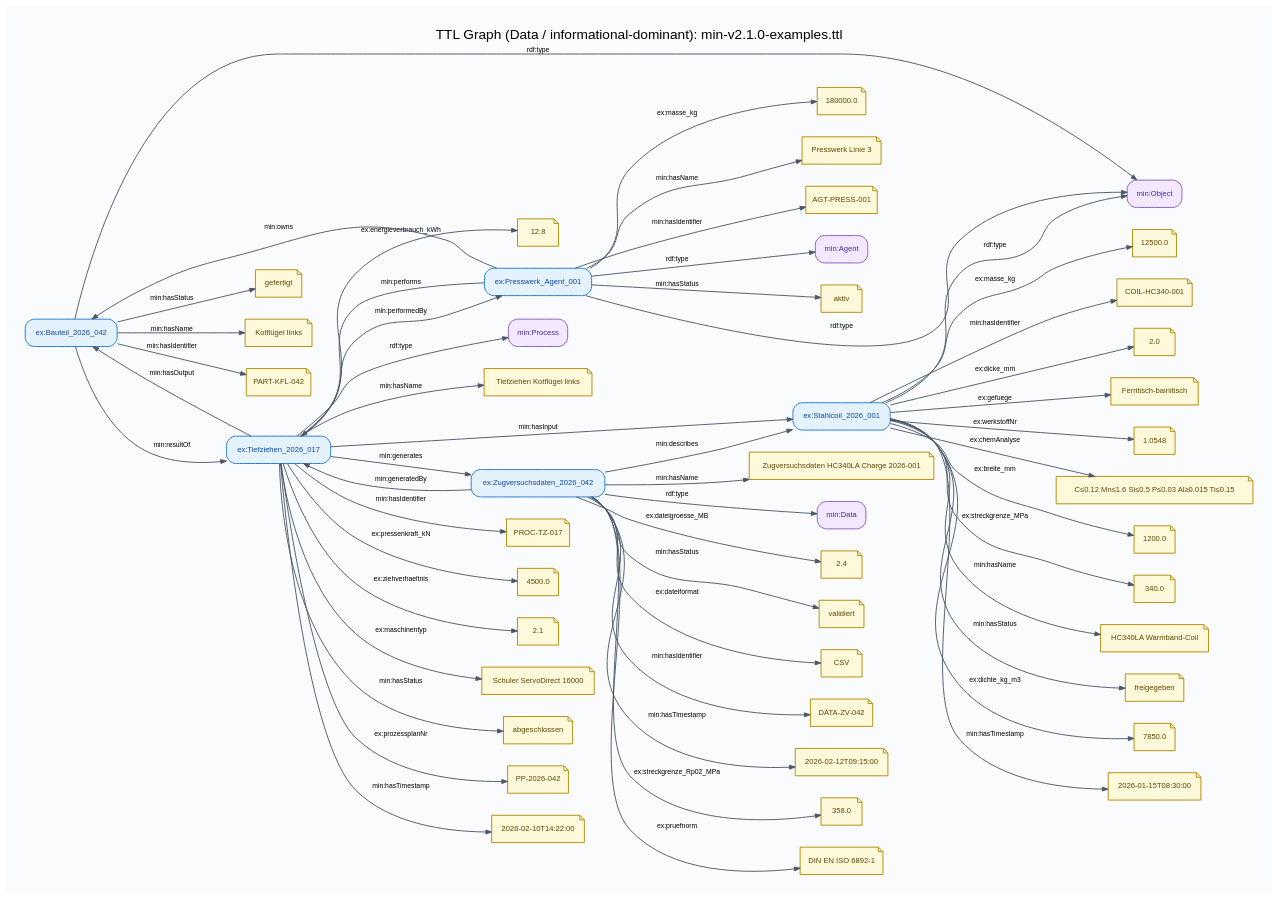
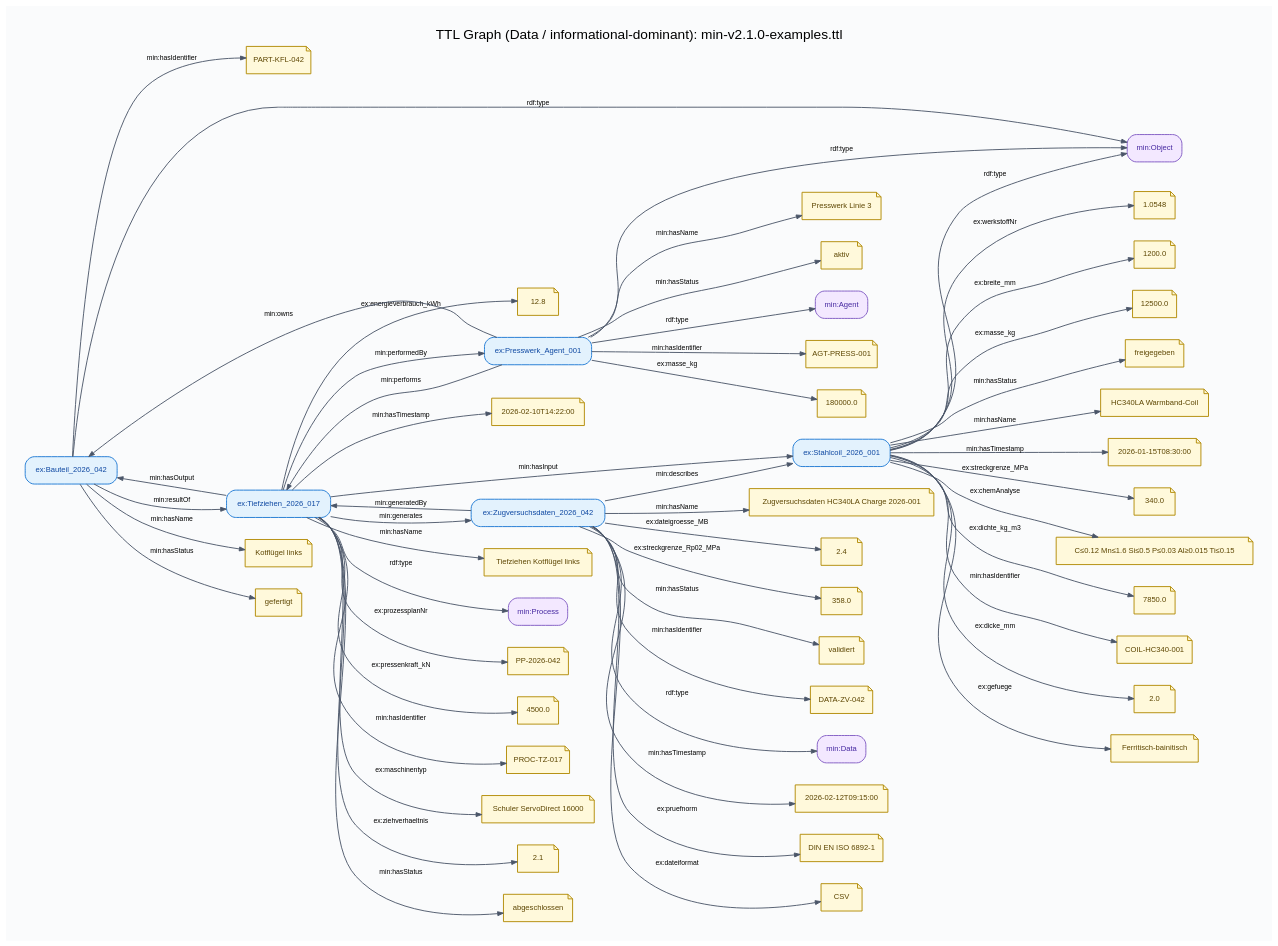
One commit to lepy/sdata-ontology changed the diagram in docs/diagrams/min-v2.1.0-examples-informational-modal.dot. Above: the diagram before and after it, drawn with Graphviz. The commit also changed other lines of this file and 34 other files, not shown here.

```diff
--- a/docs/diagrams/min-v2.1.0-examples-informational-modal.dot
+++ b/docs/diagrams/min-v2.1.0-examples-informational-modal.dot
@@ -30,165 +30,245 @@
 		fillcolor="#E3F2FD",
 		fontcolor="#0D47A1",
 		label="ex:Bauteil_2026_042"];
+	"lit::PART-KFL-042::::"	[color="#B08900",
+		fillcolor="#FFF9DB",
+		fontcolor="#5C4500",
+		label="PART-KFL-042",
+		shape=note];
+	"uri::https://example.org/Bauteil_2026_042" -> "lit::PART-KFL-042::::"	[label="min:hasIdentifier"];
+	"uri::https://example.org/Tiefziehen_2026_017"	[color="#1976D2",
+		fillcolor="#E3F2FD",
+		fontcolor="#0D47A1",
+		label="ex:Tiefziehen_2026_017"];
+	"uri::https://example.org/Bauteil_2026_042" -> "uri::https://example.org/Tiefziehen_2026_017"	[label="min:resultOf"];
 	"uri::https://w3id.org/min#Object"	[color="#7E57C2",
 		fillcolor="#F3E8FF",
 		fontcolor="#4527A0",
 		label="min:Object"];
 	"uri::https://example.org/Bauteil_2026_042" -> "uri::https://w3id.org/min#Object"	[label="rdf:type"];
-	"uri::https://example.org/Tiefziehen_2026_017"	[color="#1976D2",
-		fillcolor="#E3F2FD",
-		fontcolor="#0D47A1",
-		label="ex:Tiefziehen_2026_017"];
-	"uri::https://example.org/Bauteil_2026_042" -> "uri::https://example.org/Tiefziehen_2026_017"	[label="min:resultOf"];
+	"lit::Kotflügel links::::"	[color="#B08900",
+		fillcolor="#FFF9DB",
+		fontcolor="#5C4500",
+		label="Kotflügel links",
+		shape=note];
+	"uri::https://example.org/Bauteil_2026_042" -> "lit::Kotflügel links::::"	[label="min:hasName"];
 	"lit::gefertigt::::"	[color="#B08900",
 		fillcolor="#FFF9DB",
 		fontcolor="#5C4500",
 		label=gefertigt,
 		shape=note];
 	"uri::https://example.org/Bauteil_2026_042" -> "lit::gefertigt::::"	[label="min:hasStatus"];
-	"lit::Kotflügel links::::"	[color="#B08900",
-		fillcolor="#FFF9DB",
-		fontcolor="#5C4500",
-		label="Kotflügel links",
-		shape=note];
-	"uri::https://example.org/Bauteil_2026_042" -> "lit::Kotflügel links::::"	[label="min:hasName"];
-	"lit::PART-KFL-042::::"	[color="#B08900",
-		fillcolor="#FFF9DB",
-		fontcolor="#5C4500",
-		label="PART-KFL-042",
-		shape=note];
-	"uri::https://example.org/Bauteil_2026_042" -> "lit::PART-KFL-042::::"	[label="min:hasIdentifier"];
-	"uri::https://example.org/Tiefziehen_2026_017" -> "uri::https://example.org/Bauteil_2026_042"	[label="min:hasOutput"];
 	"uri::https://example.org/Zugversuchsdaten_2026_042"	[color="#1976D2",
 		fillcolor="#E3F2FD",
 		fontcolor="#0D47A1",
 		label="ex:Zugversuchsdaten_2026_042"];
-	"uri::https://example.org/Tiefziehen_2026_017" -> "uri::https://example.org/Zugversuchsdaten_2026_042"	[label="min:generates"];
+	"uri::https://example.org/Zugversuchsdaten_2026_042" -> "uri::https://example.org/Tiefziehen_2026_017"	[label="min:generatedBy"];
 	"uri::https://example.org/Stahlcoil_2026_001"	[color="#1976D2",
 		fillcolor="#E3F2FD",
 		fontcolor="#0D47A1",
 		label="ex:Stahlcoil_2026_001"];
-	"uri::https://example.org/Tiefziehen_2026_017" -> "uri::https://example.org/Stahlcoil_2026_001"	[label="min:hasInput"];
-	"uri::https://w3id.org/min#Process"	[color="#7E57C2",
+	"uri::https://example.org/Zugversuchsdaten_2026_042" -> "uri::https://example.org/Stahlcoil_2026_001"	[label="min:describes"];
+	"lit::CSV::::"	[color="#B08900",
+		fillcolor="#FFF9DB",
+		fontcolor="#5C4500",
+		label=CSV,
+		shape=note];
+	"uri::https://example.org/Zugversuchsdaten_2026_042" -> "lit::CSV::::"	[label="ex:dateiformat"];
+	"lit::Zugversuchsdaten HC340LA Charge 2026-001::::"	[color="#B08900",
+		fillcolor="#FFF9DB",
+		fontcolor="#5C4500",
+		label="Zugversuchsdaten HC340LA Charge 2026-001",
+		shape=note];
+	"uri::https://example.org/Zugversuchsdaten_2026_042" -> "lit::Zugversuchsdaten HC340LA Charge 2026-001::::"	[label="min:hasName"];
+	"lit::2.4::http://www.w3.org/2001/XMLSchema#decimal::"	[color="#B08900",
+		fillcolor="#FFF9DB",
+		fontcolor="#5C4500",
+		label=2.4,
+		shape=note];
+	"uri::https://example.org/Zugversuchsdaten_2026_042" -> "lit::2.4::http://www.w3.org/2001/XMLSchema#decimal::"	[label="ex:dateigroesse_MB"];
+	"lit::358.0::http://www.w3.org/2001/XMLSchema#decimal::"	[color="#B08900",
+		fillcolor="#FFF9DB",
+		fontcolor="#5C4500",
+		label=358.0,
+		shape=note];
+	"uri::https://example.org/Zugversuchsdaten_2026_042" -> "lit::358.0::http://www.w3.org/2001/XMLSchema#decimal::"	[label="ex:streckgrenze_Rp02_MPa"];
+	"lit::validiert::::"	[color="#B08900",
+		fillcolor="#FFF9DB",
+		fontcolor="#5C4500",
+		label=validiert,
+		shape=note];
+	"uri::https://example.org/Zugversuchsdaten_2026_042" -> "lit::validiert::::"	[label="min:hasStatus"];
+	"lit::DATA-ZV-042::::"	[color="#B08900",
+		fillcolor="#FFF9DB",
+		fontcolor="#5C4500",
+		label="DATA-ZV-042",
+		shape=note];
+	"uri::https://example.org/Zugversuchsdaten_2026_042" -> "lit::DATA-ZV-042::::"	[label="min:hasIdentifier"];
+	"uri::https://w3id.org/min#Data"	[color="#7E57C2",
 		fillcolor="#F3E8FF",
 		fontcolor="#4527A0",
-		label="min:Process"];
-	"uri::https://example.org/Tiefziehen_2026_017" -> "uri::https://w3id.org/min#Process"	[label="rdf:type"];
+		label="min:Data"];
+	"uri::https://example.org/Zugversuchsdaten_2026_042" -> "uri::https://w3id.org/min#Data"	[label="rdf:type"];
+	"lit::2026-02-12T09:15:00::http://www.w3.org/2001/XMLSchema#dateTime::"	[color="#B08900",
+		fillcolor="#FFF9DB",
+		fontcolor="#5C4500",
+		label="2026-02-12T09:15:00",
+		shape=note];
+	"uri::https://example.org/Zugversuchsdaten_2026_042" -> "lit::2026-02-12T09:15:00::http://www.w3.org/2001/XMLSchema#dateTime::"	[label="min:hasTimestamp"];
+	"lit::DIN EN ISO 6892-1::::"	[color="#B08900",
+		fillcolor="#FFF9DB",
+		fontcolor="#5C4500",
+		label="DIN EN ISO 6892-1",
+		shape=note];
+	"uri::https://example.org/Zugversuchsdaten_2026_042" -> "lit::DIN EN ISO 6892-1::::"	[label="ex:pruefnorm"];
+	"uri::https://example.org/Tiefziehen_2026_017" -> "uri::https://example.org/Bauteil_2026_042"	[label="min:hasOutput"];
+	"uri::https://example.org/Tiefziehen_2026_017" -> "uri::https://example.org/Zugversuchsdaten_2026_042"	[label="min:generates"];
 	"uri::https://example.org/Presswerk_Agent_001"	[color="#1976D2",
 		fillcolor="#E3F2FD",
 		fontcolor="#0D47A1",
 		label="ex:Presswerk_Agent_001"];
 	"uri::https://example.org/Tiefziehen_2026_017" -> "uri::https://example.org/Presswerk_Agent_001"	[label="min:performedBy"];
+	"uri::https://example.org/Tiefziehen_2026_017" -> "uri::https://example.org/Stahlcoil_2026_001"	[label="min:hasInput"];
 	"lit::Tiefziehen Kotflügel links::::"	[color="#B08900",
 		fillcolor="#FFF9DB",
 		fontcolor="#5C4500",
 		label="Tiefziehen Kotflügel links",
 		shape=note];
 	"uri::https://example.org/Tiefziehen_2026_017" -> "lit::Tiefziehen Kotflügel links::::"	[label="min:hasName"];
+	"uri::https://w3id.org/min#Process"	[color="#7E57C2",
+		fillcolor="#F3E8FF",
+		fontcolor="#4527A0",
+		label="min:Process"];
+	"uri::https://example.org/Tiefziehen_2026_017" -> "uri::https://w3id.org/min#Process"	[label="rdf:type"];
+	"lit::PP-2026-042::::"	[color="#B08900",
+		fillcolor="#FFF9DB",
+		fontcolor="#5C4500",
+		label="PP-2026-042",
+		shape=note];
+	"uri::https://example.org/Tiefziehen_2026_017" -> "lit::PP-2026-042::::"	[label="ex:prozessplanNr"];
+	"lit::4500.0::http://www.w3.org/2001/XMLSchema#decimal::"	[color="#B08900",
+		fillcolor="#FFF9DB",
+		fontcolor="#5C4500",
+		label=4500.0,
+		shape=note];
+	"uri::https://example.org/Tiefziehen_2026_017" -> "lit::4500.0::http://www.w3.org/2001/XMLSchema#decimal::"	[label="ex:pressenkraft_kN"];
 	"lit::PROC-TZ-017::::"	[color="#B08900",
 		fillcolor="#FFF9DB",
 		fontcolor="#5C4500",
 		label="PROC-TZ-017",
 		shape=note];
 	"uri::https://example.org/Tiefziehen_2026_017" -> "lit::PROC-TZ-017::::"	[label="min:hasIdentifier"];
-	"lit::4500.0::http://www.w3.org/2001/XMLSchema#decimal::"	[color="#B08900",
+	"lit::Schuler ServoDirect 16000::::"	[color="#B08900",
 		fillcolor="#FFF9DB",
 		fontcolor="#5C4500",
-		label=4500.0,
+		label="Schuler ServoDirect 16000",
 		shape=note];
-	"uri::https://example.org/Tiefziehen_2026_017" -> "lit::4500.0::http://www.w3.org/2001/XMLSchema#decimal::"	[label="ex:pressenkraft_kN"];
+	"uri::https://example.org/Tiefziehen_2026_017" -> "lit::Schuler ServoDirect 16000::::"	[label="ex:maschinentyp"];
 	"lit::2.1::http://www.w3.org/2001/XMLSchema#decimal::"	[color="#B08900",
 		fillcolor="#FFF9DB",
 		fontcolor="#5C4500",
 		label=2.1,
 		shape=note];
 	"uri::https://example.org/Tiefziehen_2026_017" -> "lit::2.1::http://www.w3.org/2001/XMLSchema#decimal::"	[label="ex:ziehverhaeltnis"];
-	"lit::Schuler ServoDirect 16000::::"	[color="#B08900",
-		fillcolor="#FFF9DB",
-		fontcolor="#5C4500",
-		label="Schuler ServoDirect 16000",
-		shape=note];
-	"uri::https://example.org/Tiefziehen_2026_017" -> "lit::Schuler ServoDirect 16000::::"	[label="ex:maschinentyp"];
 	"lit::abgeschlossen::::"	[color="#B08900",
 		fillcolor="#FFF9DB",
 		fontcolor="#5C4500",
 		label=abgeschlossen,
 		shape=note];
 	"uri::https://example.org/Tiefziehen_2026_017" -> "lit::abgeschlossen::::"	[label="min:hasStatus"];
-	"lit::PP-2026-042::::"	[color="#B08900",
+	"lit::12.8::http://www.w3.org/2001/XMLSchema#decimal::"	[color="#B08900",
 		fillcolor="#FFF9DB",
 		fontcolor="#5C4500",
-		label="PP-2026-042",
+		label=12.8,
 		shape=note];
-	"uri::https://example.org/Tiefziehen_2026_017" -> "lit::PP-2026-042::::"	[label="ex:prozessplanNr"];
+	"uri::https://example.org/Tiefziehen_2026_017" -> "lit::12.8::http://www.w3.org/2001/XMLSchema#decimal::"	[label="ex:energieverbrauch_kWh"];
 	"lit::2026-02-10T14:22:00::http://www.w3.org/2001/XMLSchema#dateTime::"	[color="#B08900",
 		fillcolor="#FFF9DB",
 		fontcolor="#5C4500",
 		label="2026-02-10T14:22:00",
 		shape=note];
 	"uri::https://example.org/Tiefziehen_2026_017" -> "lit::2026-02-10T14:22:00::http://www.w3.org/2001/XMLSchema#dateTime::"	[label="min:hasTimestamp"];
-	"lit::12.8::http://www.w3.org/2001/XMLSchema#decimal::"	[color="#B08900",
+	"uri::https://example.org/Presswerk_Agent_001" -> "uri::https://example.org/Bauteil_2026_042"	[label="min:owns"];
+	"uri::https://example.org/Presswerk_Agent_001" -> "uri::https://example.org/Tiefziehen_2026_017"	[label="min:performs"];
+	"uri::https://example.org/Presswerk_Agent_001" -> "uri::https://w3id.org/min#Object"	[label="rdf:type"];
+	"lit::Presswerk Linie 3::::"	[color="#B08900",
 		fillcolor="#FFF9DB",
 		fontcolor="#5C4500",
-		label=12.8,
+		label="Presswerk Linie 3",
 		shape=note];
-	"uri::https://example.org/Tiefziehen_2026_017" -> "lit::12.8::http://www.w3.org/2001/XMLSchema#decimal::"	[label="ex:energieverbrauch_kWh"];
-	"uri::https://example.org/Zugversuchsdaten_2026_042" -> "uri::https://example.org/Tiefziehen_2026_017"	[label="min:generatedBy"];
-	"lit::358.0::http://www.w3.org/2001/XMLSchema#decimal::"	[color="#B08900",
+	"uri::https://example.org/Presswerk_Agent_001" -> "lit::Presswerk Linie 3::::"	[label="min:hasName"];
+	"lit::aktiv::::"	[color="#B08900",
 		fillcolor="#FFF9DB",
 		fontcolor="#5C4500",
-		label=358.0,
+		label=aktiv,
 		shape=note];
-	"uri::https://example.org/Zugversuchsdaten_2026_042" -> "lit::358.0::http://www.w3.org/2001/XMLSchema#decimal::"	[label="ex:streckgrenze_Rp02_MPa"];
-	"uri::https://example.org/Zugversuchsdaten_2026_042" -> "uri::https://example.org/Stahlcoil_2026_001"	[label="min:describes"];
-	"lit::DIN EN ISO 6892-1::::"	[color="#B08900",
+	"uri::https://example.org/Presswerk_Agent_001" -> "lit::aktiv::::"	[label="min:hasStatus"];
+	"uri::https://w3id.org/min#Agent"	[color="#7E57C2",
+		fillcolor="#F3E8FF",
+		fontcolor="#4527A0",
+		label="min:Agent"];
+	"uri::https://example.org/Presswerk_Agent_001" -> "uri::https://w3id.org/min#Agent"	[label="rdf:type"];
+	"lit::AGT-PRESS-001::::"	[color="#B08900",
 		fillcolor="#FFF9DB",
 		fontcolor="#5C4500",
-		label="DIN EN ISO 6892-1",
+		label="AGT-PRESS-001",
 		shape=note];
-	"uri::https://example.org/Zugversuchsdaten_2026_042" -> "lit::DIN EN ISO 6892-1::::"	[label="ex:pruefnorm"];
-	"lit::Zugversuchsdaten HC340LA Charge 2026-001::::"	[color="#B08900",
+	"uri::https://example.org/Presswerk_Agent_001" -> "lit::AGT-PRESS-001::::"	[label="min:hasIdentifier"];
+	"lit::180000.0::http://www.w3.org/2001/XMLSchema#decimal::"	[color="#B08900",
 		fillcolor="#FFF9DB",
 		fontcolor="#5C4500",
-		label="Zugversuchsdaten HC340LA Charge 2026-001",
+		label=180000.0,
 		shape=note];
-	"uri::https://example.org/Zugversuchsdaten_2026_042" -> "lit::Zugversuchsdaten HC340LA Charge 2026-001::::"	[label="min:hasName"];
-	"uri::https://w3id.org/min#Data"	[color="#7E57C2",
-		fillcolor="#F3E8FF",
-		fontcolor="#4527A0",
-		label="min:Data"];
-	"uri::https://example.org/Zugversuchsdaten_2026_042" -> "uri::https://w3id.org/min#Data"	[label="rdf:type"];
-	"lit::2.4::http://www.w3.org/2001/XMLSchema#decimal::"	[color="#B08900",
+	"uri::https://example.org/Presswerk_Agent_001" -> "lit::180000.0::http://www.w3.org/2001/XMLSchema#decimal::"	[label="ex:masse_kg"];
+	"uri::https://example.org/Stahlcoil_2026_001" -> "uri::https://w3id.org/min#Object"	[label="rdf:type"];
+	"lit::12500.0::http://www.w3.org/2001/XMLSchema#decimal::"	[color="#B08900",
 		fillcolor="#FFF9DB",
 		fontcolor="#5C4500",
-		label=2.4,
+		label=12500.0,
 		shape=note];
-	"uri::https://example.org/Zugversuchsdaten_2026_042" -> "lit::2.4::http://www.w3.org/2001/XMLSchema#decimal::"	[label="ex:dateigroesse_MB"];
-	"lit::validiert::::"	[color="#B08900",
+	"uri::https://example.org/Stahlcoil_2026_001" -> "lit::12500.0::http://www.w3.org/2001/XMLSchema#decimal::"	[label="ex:masse_kg"];
+	"lit::freigegeben::::"	[color="#B08900",
 		fillcolor="#FFF9DB",
 		fontcolor="#5C4500",
-		label=validiert,
+		label=freigegeben,
 		shape=note];
-	"uri::https://example.org/Zugversuchsdaten_2026_042" -> "lit::validiert::::"	[label="min:hasStatus"];
-	"lit::CSV::::"	[color="#B08900",
+	"uri::https://example.org/Stahlcoil_2026_001" -> "lit::freigegeben::::"	[label="min:hasStatus"];
+	"lit::HC340LA Warmband-Coil::::"	[color="#B08900",
 		fillcolor="#FFF9DB",
 		fontcolor="#5C4500",
-		label=CSV,
+		label="HC340LA Warmband-Coil",
 		shape=note];
-	"uri::https://example.org/Zugversuchsdaten_2026_042" -> "lit::CSV::::"	[label="ex:dateiformat"];
-	"lit::DATA-ZV-042::::"	[color="#B08900",
+	"uri::https://example.org/Stahlcoil_2026_001" -> "lit::HC340LA Warmband-Coil::::"	[label="min:hasName"];
+	"lit::2026-01-15T08:30:00::http://www.w3.org/2001/XMLSchema#dateTime::"	[color="#B08900",
 		fillcolor="#FFF9DB",
 		fontcolor="#5C4500",
-		label="DATA-ZV-042",
+		label="2026-01-15T08:30:00",
 		shape=note];
-	"uri::https://example.org/Zugversuchsdaten_2026_042" -> "lit::DATA-ZV-042::::"	[label="min:hasIdentifier"];
-	"lit::2026-02-12T09:15:00::http://www.w3.org/2001/XMLSchema#dateTime::"	[color="#B08900",
+	"uri::https://example.org/Stahlcoil_2026_001" -> "lit::2026-01-15T08:30:00::http://www.w3.org/2001/XMLSchema#dateTime::"	[label="min:hasTimestamp"];
+	"lit::340.0::http://www.w3.org/2001/XMLSchema#decimal::"	[color="#B08900",
 		fillcolor="#FFF9DB",
 		fontcolor="#5C4500",
-		label="2026-02-12T09:15:00",
+		label=340.0,
 		shape=note];
-	"uri::https://example.org/Zugversuchsdaten_2026_042" -> "lit::2026-02-12T09:15:00::http://www.w3.org/2001/XMLSchema#dateTime::"	[label="min:hasTimestamp"];
-	"uri::https://example.org/Stahlcoil_2026_001" -> "uri::https://w3id.org/min#Object"	[label="rdf:type"];
+	"uri::https://example.org/Stahlcoil_2026_001" -> "lit::340.0::http://www.w3.org/2001/XMLSchema#decimal::"	[label="ex:streckgrenze_MPa"];
+	"lit::C≤0.12 Mn≤1.6 Si≤0.5 P≤0.03 Al≥0.015 Ti≤0.15::::"	[color="#B08900",
+		fillcolor="#FFF9DB",
+		fontcolor="#5C4500",
+		label="C≤0.12 Mn≤1.6 Si≤0.5 P≤0.03 Al≥0.015 Ti≤0.15",
+		shape=note];
+	"uri::https://example.org/Stahlcoil_2026_001" -> "lit::C≤0.12 Mn≤1.6 Si≤0.5 P≤0.03 Al≥0.015 Ti≤0.15::::"	[label="ex:chemAnalyse"];
+	"lit::7850.0::http://www.w3.org/2001/XMLSchema#decimal::"	[color="#B08900",
+		fillcolor="#FFF9DB",
+		fontcolor="#5C4500",
+		label=7850.0,
+		shape=note];
+	"uri::https://example.org/Stahlcoil_2026_001" -> "lit::7850.0::http://www.w3.org/2001/XMLSchema#decimal::"	[label="ex:dichte_kg_m3"];
+	"lit::COIL-HC340-001::::"	[color="#B08900",
+		fillcolor="#FFF9DB",
+		fontcolor="#5C4500",
+		label="COIL-HC340-001",
+		shape=note];
+	"uri::https://example.org/Stahlcoil_2026_001" -> "lit::COIL-HC340-001::::"	[label="min:hasIdentifier"];
 	"lit::2.0::http://www.w3.org/2001/XMLSchema#decimal::"	[color="#B08900",
 		fillcolor="#FFF9DB",
 		fontcolor="#5C4500",
@@ -207,90 +287,10 @@
 		label=1.0548,
 		shape=note];
 	"uri::https://example.org/Stahlcoil_2026_001" -> "lit::1.0548::::"	[label="ex:werkstoffNr"];
-	"lit::C≤0.12 Mn≤1.6 Si≤0.5 P≤0.03 Al≥0.015 Ti≤0.15::::"	[color="#B08900",
-		fillcolor="#FFF9DB",
-		fontcolor="#5C4500",
-		label="C≤0.12 Mn≤1.6 Si≤0.5 P≤0.03 Al≥0.015 Ti≤0.15",
-		shape=note];
-	"uri::https://example.org/Stahlcoil_2026_001" -> "lit::C≤0.12 Mn≤1.6 Si≤0.5 P≤0.03 Al≥0.015 Ti≤0.15::::"	[label="ex:chemAnalyse"];
 	"lit::1200.0::http://www.w3.org/2001/XMLSchema#decimal::"	[color="#B08900",
 		fillcolor="#FFF9DB",
 		fontcolor="#5C4500",
 		label=1200.0,
 		shape=note];
 	"uri::https://example.org/Stahlcoil_2026_001" -> "lit::1200.0::http://www.w3.org/2001/XMLSchema#decimal::"	[label="ex:breite_mm"];
-	"lit::340.0::http://www.w3.org/2001/XMLSchema#decimal::"	[color="#B08900",
-		fillcolor="#FFF9DB",
-		fontcolor="#5C4500",
-		label=340.0,
-		shape=note];
-	"uri::https://example.org/Stahlcoil_2026_001" -> "lit::340.0::http://www.w3.org/2001/XMLSchema#decimal::"	[label="ex:streckgrenze_MPa"];
-	"lit::HC340LA Warmband-Coil::::"	[color="#B08900",
-		fillcolor="#FFF9DB",
-		fontcolor="#5C4500",
-		label="HC340LA Warmband-Coil",
-		shape=note];
-	"uri::https://example.org/Stahlcoil_2026_001" -> "lit::HC340LA Warmband-Coil::::"	[label="min:hasName"];
-	"lit::freigegeben::::"	[color="#B08900",
-		fillcolor="#FFF9DB",
-		fontcolor="#5C4500",
-		label=freigegeben,
-		shape=note];
-	"uri::https://example.org/Stahlcoil_2026_001" -> "lit::freigegeben::::"	[label="min:hasStatus"];
-	"lit::7850.0::http://www.w3.org/2001/XMLSchema#decimal::"	[color="#B08900",
-		fillcolor="#FFF9DB",
-		fontcolor="#5C4500",
-		label=7850.0,
-		shape=note];
-	"uri::https://example.org/Stahlcoil_2026_001" -> "lit::7850.0::http://www.w3.org/2001/XMLSchema#decimal::"	[label="ex:dichte_kg_m3"];
-	"lit::2026-01-15T08:30:00::http://www.w3.org/2001/XMLSchema#dateTime::"	[color="#B08900",
-		fillcolor="#FFF9DB",
-		fontcolor="#5C4500",
-		label="2026-01-15T08:30:00",
-		shape=note];
-	"uri::https://example.org/Stahlcoil_2026_001" -> "lit::2026-01-15T08:30:00::http://www.w3.org/2001/XMLSchema#dateTime::"	[label="min:hasTimestamp"];
-	"lit::12500.0::http://www.w3.org/2001/XMLSchema#decimal::"	[color="#B08900",
-		fillcolor="#FFF9DB",
-		fontcolor="#5C4500",
-		label=12500.0,
-		shape=note];
-	"uri::https://example.org/Stahlcoil_2026_001" -> "lit::12500.0::http://www.w3.org/2001/XMLSchema#decimal::"	[label="ex:masse_kg"];
-	"lit::COIL-HC340-001::::"	[color="#B08900",
-		fillcolor="#FFF9DB",
-		fontcolor="#5C4500",
-		label="COIL-HC340-001",
-		shape=note];
-	"uri::https://example.org/Stahlcoil_2026_001" -> "lit::COIL-HC340-001::::"	[label="min:hasIdentifier"];
-	"uri::https://example.org/Presswerk_Agent_001" -> "uri::https://example.org/Bauteil_2026_042"	[label="min:owns"];
-	"uri::https://example.org/Presswerk_Agent_001" -> "uri::https://w3id.org/min#Object"	[label="rdf:type"];
-	"uri::https://example.org/Presswerk_Agent_001" -> "uri::https://example.org/Tiefziehen_2026_017"	[label="min:performs"];
-	"uri::https://w3id.org/min#Agent"	[color="#7E57C2",
-		fillcolor="#F3E8FF",
-		fontcolor="#4527A0",
-		label="min:Agent"];
-	"uri::https://example.org/Presswerk_Agent_001" -> "uri::https://w3id.org/min#Agent"	[label="rdf:type"];
-	"lit::aktiv::::"	[color="#B08900",
-		fillcolor="#FFF9DB",
-		fontcolor="#5C4500",
-		label=aktiv,
-		shape=note];
-	"uri::https://example.org/Presswerk_Agent_001" -> "lit::aktiv::::"	[label="min:hasStatus"];
-	"lit::Presswerk Linie 3::::"	[color="#B08900",
-		fillcolor="#FFF9DB",
-		fontcolor="#5C4500",
-		label="Presswerk Linie 3",
-		shape=note];
-	"uri::https://example.org/Presswerk_Agent_001" -> "lit::Presswerk Linie 3::::"	[label="min:hasName"];
-	"lit::180000.0::http://www.w3.org/2001/XMLSchema#decimal::"	[color="#B08900",
-		fillcolor="#FFF9DB",
-		fontcolor="#5C4500",
-		label=180000.0,
-		shape=note];
-	"uri::https://example.org/Presswerk_Agent_001" -> "lit::180000.0::http://www.w3.org/2001/XMLSchema#decimal::"	[label="ex:masse_kg"];
-	"lit::AGT-PRESS-001::::"	[color="#B08900",
-		fillcolor="#FFF9DB",
-		fontcolor="#5C4500",
-		label="AGT-PRESS-001",
-		shape=note];
-	"uri::https://example.org/Presswerk_Agent_001" -> "lit::AGT-PRESS-001::::"	[label="min:hasIdentifier"];
 }
```
